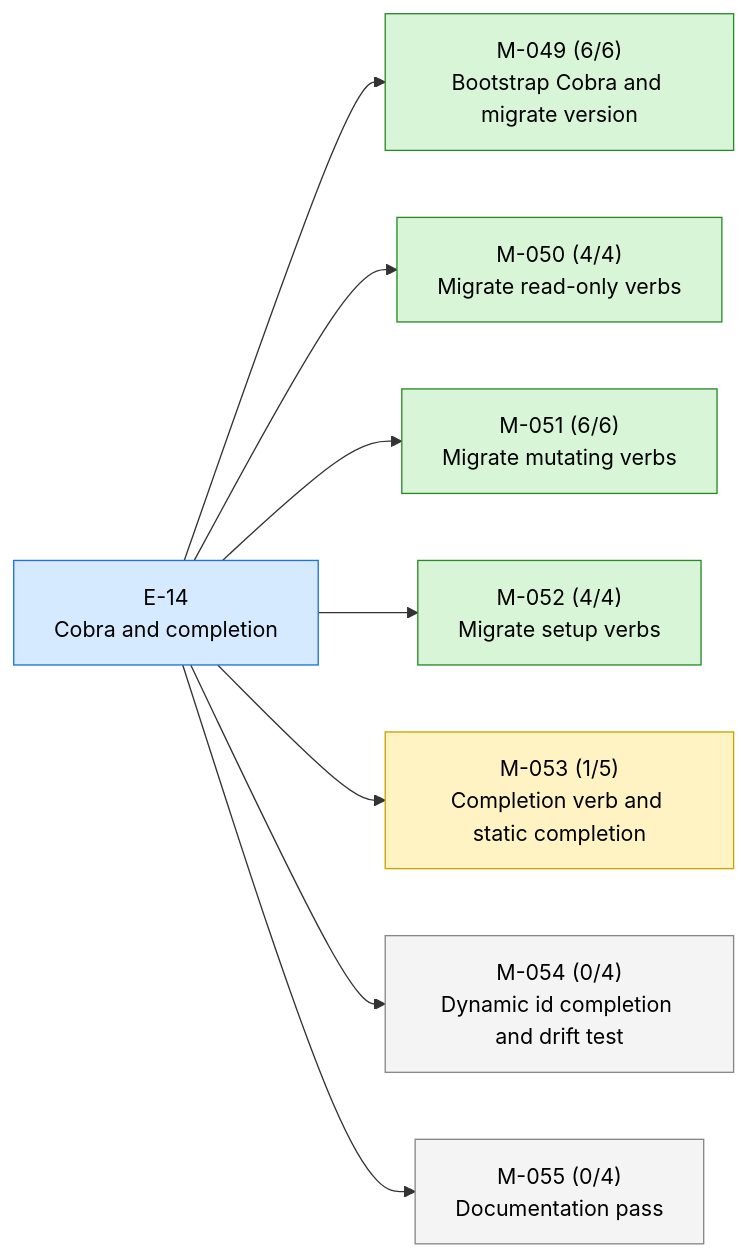
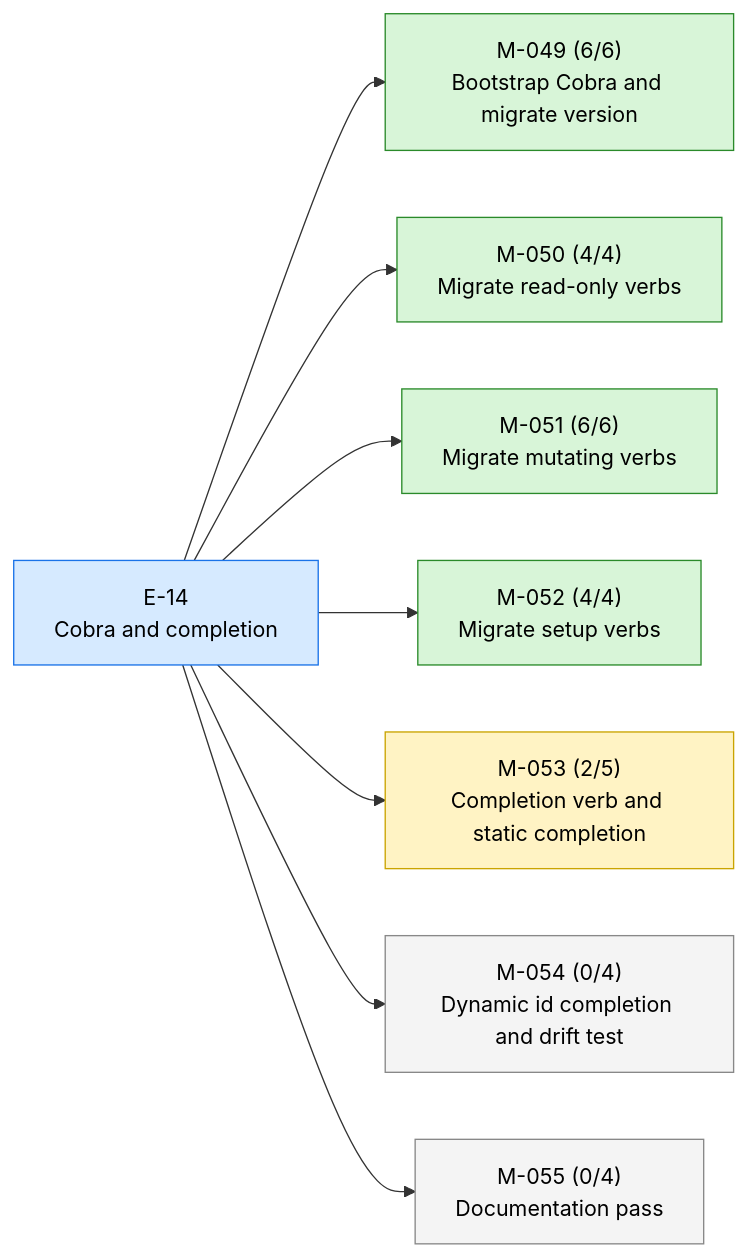
Before and after one commit to 23min/aiwf: the first of 2 diagrams in STATUS.md, drawn with Mermaid. The commit also changed other lines of this file and 1 other file, not shown here.

````diff
--- a/STATUS.md
+++ b/STATUS.md
@@ -17,24 +17,24 @@
 ```mermaid
 flowchart LR
   E_14["E-14<br/>Cobra and completion"]:::epic_active
   M_049["M-049 (6/6)<br/>Bootstrap Cobra and migrate version"]:::ms_done
   E_14 --> M_049
   M_050["M-050 (4/4)<br/>Migrate read-only verbs"]:::ms_done
   E_14 --> M_050
   M_051["M-051 (6/6)<br/>Migrate mutating verbs"]:::ms_done
   E_14 --> M_051
   M_052["M-052 (4/4)<br/>Migrate setup verbs"]:::ms_done
   E_14 --> M_052
-  M_053["M-053 (1/5)<br/>Completion verb and static completion"]:::ms_in_progress
+  M_053["M-053 (2/5)<br/>Completion verb and static completion"]:::ms_in_progress
   E_14 --> M_053
   M_054["M-054 (0/4)<br/>Dynamic id completion and drift test"]:::ms_draft
   E_14 --> M_054
   M_055["M-055 (0/4)<br/>Documentation pass"]:::ms_draft
   E_14 --> M_055
   classDef epic_active fill:#d6eaff,stroke:#1a73e8,color:#000
   classDef epic_proposed fill:#f4f4f4,stroke:#888,color:#000
   classDef ms_done fill:#d8f5d8,stroke:#2a8a2a,color:#000
   classDef ms_in_progress fill:#fff3c4,stroke:#caa400,color:#000
   classDef ms_draft fill:#f4f4f4,stroke:#888,color:#000
   classDef ms_cancelled fill:#fbeaea,stroke:#c33,color:#000
 ```
````
